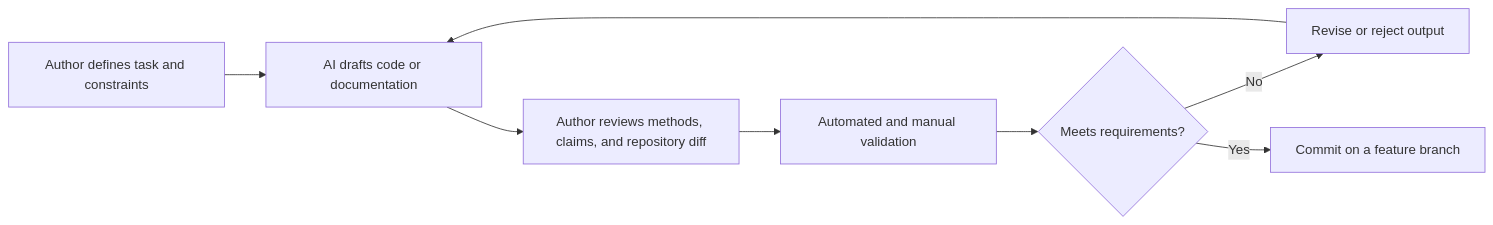
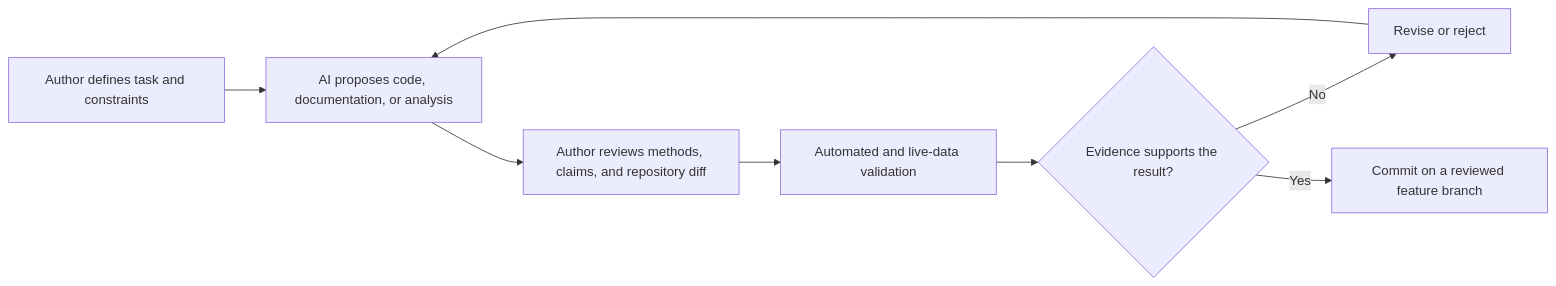
Before and after one commit to n-tamm/neighborhood-digital-twin: the diagram in reports/AI_USAGE_APPENDIX.md, drawn with Mermaid. The commit also changed other lines of this file and 3 other files, not shown here.

````diff
--- a/reports/AI_USAGE_APPENDIX.md
+++ b/reports/AI_USAGE_APPENDIX.md
@@ -9,10 +18,10 @@
 ```mermaid
 flowchart LR
-    A[Author defines task and constraints] --> B[AI drafts code or documentation]
+    A[Author defines task and constraints] --> B[AI proposes code, documentation, or analysis]
     B --> C[Author reviews methods, claims, and repository diff]
-    C --> D[Automated and manual validation]
-    D --> E{Meets requirements?}
-    E -- No --> F[Revise or reject output]
+    C --> D[Automated and live-data validation]
+    D --> E{Evidence supports the result?}
+    E -- No --> F[Revise or reject]
     F --> B
-    E -- Yes --> G[Commit on a feature branch]
+    E -- Yes --> G[Commit on a reviewed feature branch]
 ```
````
